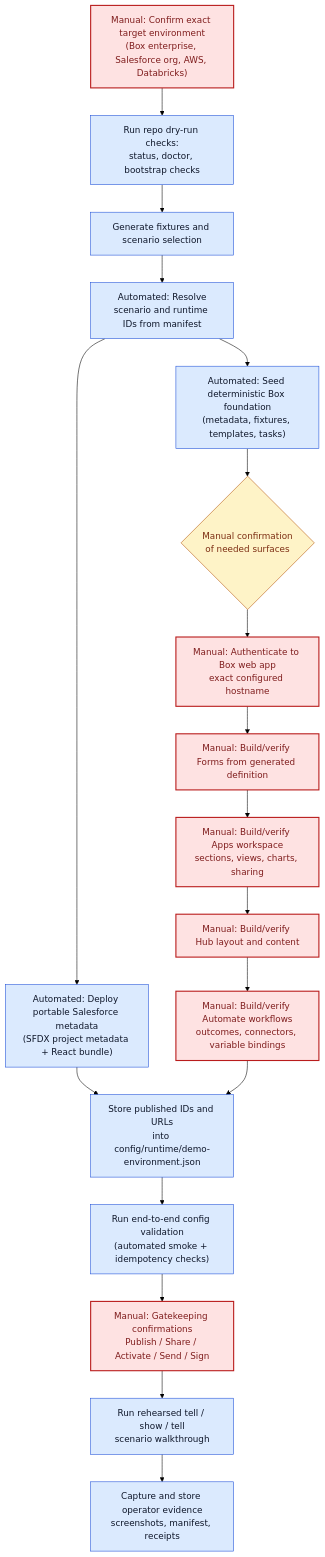
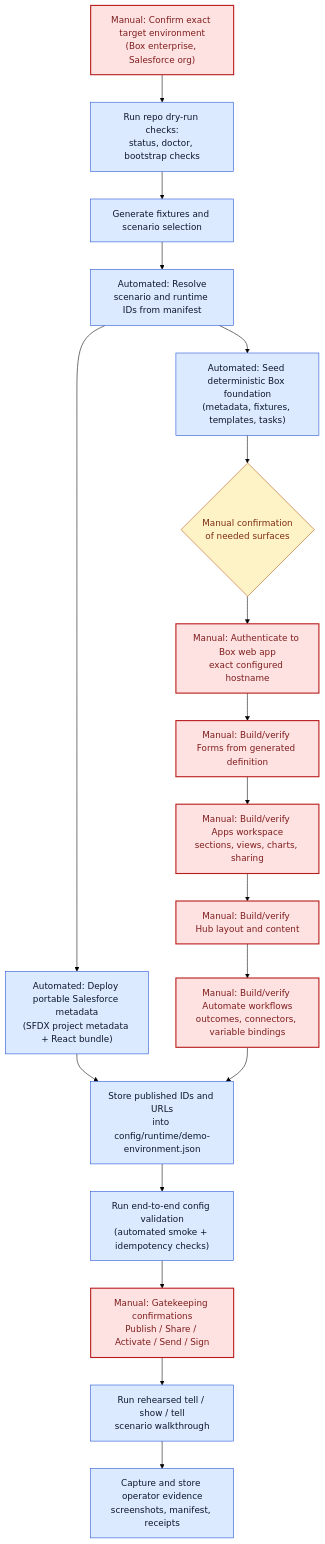
The diagram in docs/diagrams/clm-configuration-workflow.mmd (unofficialbox/box-bedrock-for-clm), drawn with Mermaid (forest theme) before and after one commit. The commit also changed 89 other files, not shown here.

```diff
--- a/docs/diagrams/clm-configuration-workflow.mmd
+++ b/docs/diagrams/clm-configuration-workflow.mmd
@@ -1,37 +1,37 @@
 flowchart TD
-    A["Manual: Confirm exact target environment\n(Box enterprise, Salesforce org, AWS, Databricks)"]
+    A["Manual: Confirm exact target environment\n(Box enterprise, Salesforce org)"]
     B["Run repo dry-run checks:\nstatus, doctor, bootstrap checks"]
     C["Generate fixtures and scenario selection"]
     D["Automated: Resolve\nscenario and runtime IDs from manifest"]
     E["Automated: Deploy portable Salesforce metadata\n(SFDX project metadata + React bundle)"]
     F["Automated: Seed deterministic Box foundation\n(metadata, fixtures, templates, tasks)"]
     G{"Manual confirmation\nof needed surfaces"}
     H["Manual: Authenticate to Box web app\nexact configured hostname"]
     I["Manual: Build/verify Forms from generated definition"]
     J["Manual: Build/verify Apps workspace\nsections, views, charts, sharing"]
     K["Manual: Build/verify Hub layout and content"]
     L["Manual: Build/verify Automate workflows\noutcomes, connectors, variable bindings"]
     M["Store published IDs and URLs\ninto config/runtime/demo-environment.json"]
     N["Run end-to-end config validation\n(automated smoke + idempotency checks)"]
     O["Manual: Gatekeeping confirmations\nPublish / Share / Activate / Send / Sign"]
     P["Run rehearsed tell / show / tell\nscenario walkthrough"]
     Q["Capture and store operator evidence\nscreenshots, manifest, receipts"]
 
     A --> B --> C --> D
     D --> E --> M
     D --> F --> G
     G --> H
     H --> I
     I --> J --> K --> L --> M
     M --> N
     N --> O
     O --> P
     P --> Q
 
     classDef manual fill:#fee2e2,stroke:#b91c1c,color:#7f1d1d,stroke-width:2px
     classDef automated fill:#dbeafe,stroke:#1d4ed8,color:#0f172a
     classDef gate fill:#fef3c7,stroke:#b45309,color:#7c2d12
 
     class A,H,I,J,K,L,O manual
     class B,C,D,E,F,M,N,P,Q automated
     class G gate
```
